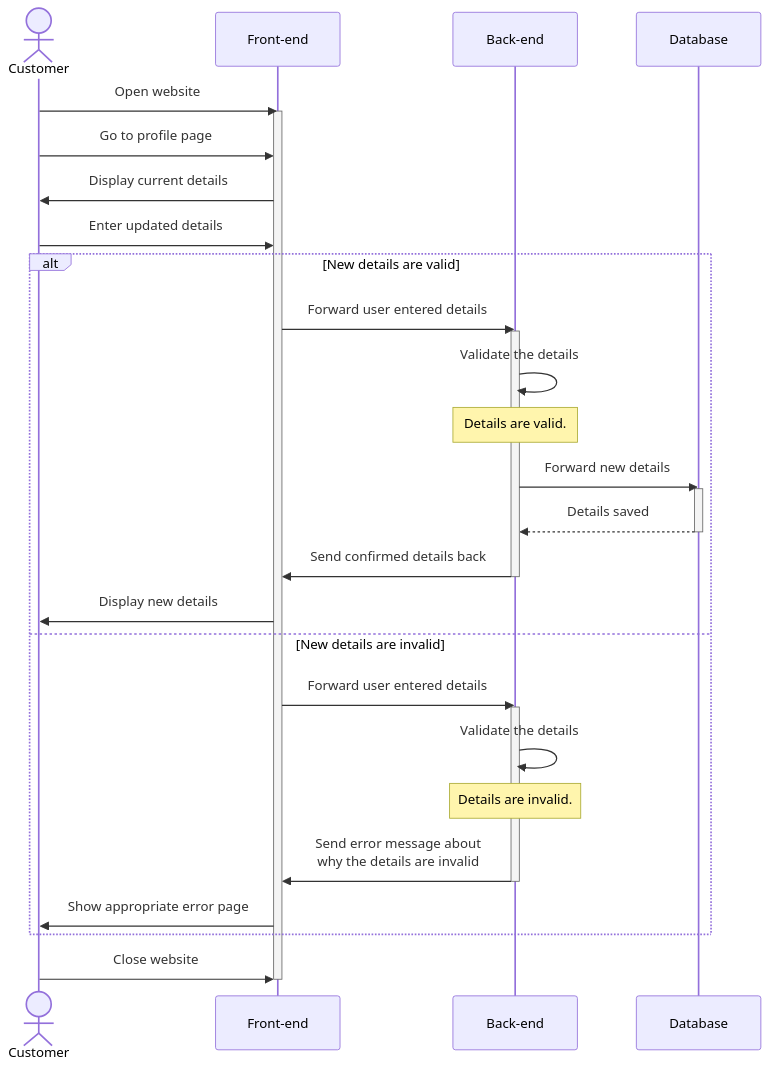
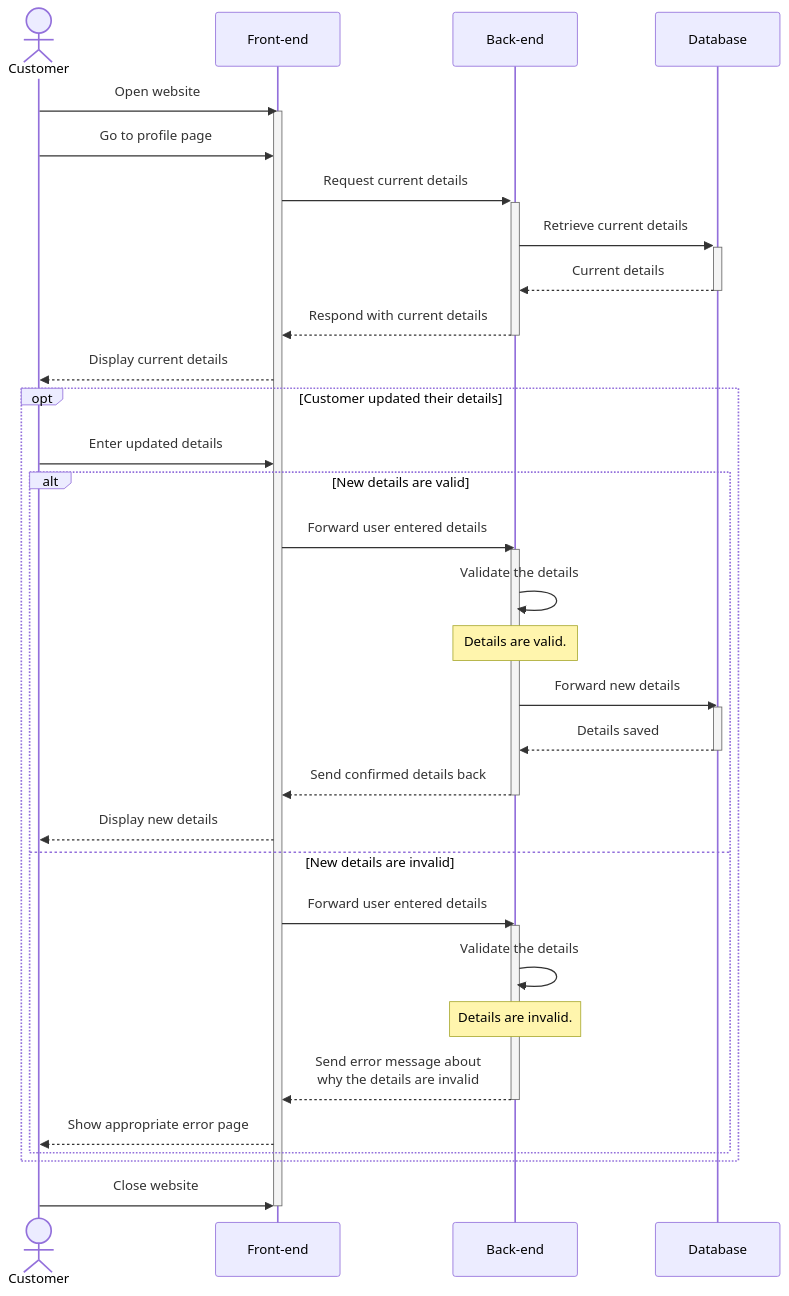
Before and after one commit to MCBUKimono/docs: the diagram in sequence_2_customer_account_management.mermaid, drawn with Mermaid. The commit also changed 5 other files, not shown here.

```diff
--- a/sequence_2_customer_account_management.mermaid
+++ b/sequence_2_customer_account_management.mermaid
@@ -1,35 +1,41 @@
 sequenceDiagram
     actor Customer
     participant FE as Front-end
     participant BE as Back-end
     participant DB as Database
 
     Customer ->> FE: Open website
     activate FE
     Customer ->> FE: Go to profile page
-    FE ->> Customer: Display current details
-    Customer ->> FE: Enter updated details
-    alt New details are valid
-        FE ->> BE: Forward user entered details
-        activate BE
-        BE ->> BE: Validate the details
-        note over BE: Details are valid.
-        BE ->> DB: Forward new details
-        activate DB
-        DB -->> BE: Details saved
-        deactivate DB
-        BE ->> FE: Send confirmed details back
-        deactivate BE
-        FE ->> Customer: Display new details
-    else New details are invalid
-        FE ->> BE: Forward user entered details
-        activate BE
-        BE ->> BE: Validate the details
-        note over BE: Details are invalid.
-        BE ->> FE: Send error message about<br>why the details are invalid
-        deactivate BE
-        FE ->> Customer: Show appropriate error page
+    FE ->>+ BE: Request current details
+    BE ->>+ DB: Retrieve current details
+    DB -->>- BE: Current details
+    BE -->>- FE: Respond with current details
+    FE -->> Customer: Display current details
+    opt Customer updated their details
+        Customer ->> FE: Enter updated details
+        alt New details are valid
+            FE ->> BE: Forward user entered details
+            activate BE
+            BE ->> BE: Validate the details
+            note over BE: Details are valid.
+            BE ->> DB: Forward new details
+            activate DB
+            DB -->> BE: Details saved
+            deactivate DB
+            BE -->> FE: Send confirmed details back
+            deactivate BE
+            FE -->> Customer: Display new details
+        else New details are invalid
+            FE ->> BE: Forward user entered details
+            activate BE
+            BE ->> BE: Validate the details
+            note over BE: Details are invalid.
+            BE -->> FE: Send error message about<br>why the details are invalid
+            deactivate BE
+            FE -->> Customer: Show appropriate error page
+        end
     end
 
     Customer ->> FE: Close website
     deactivate FE
```
